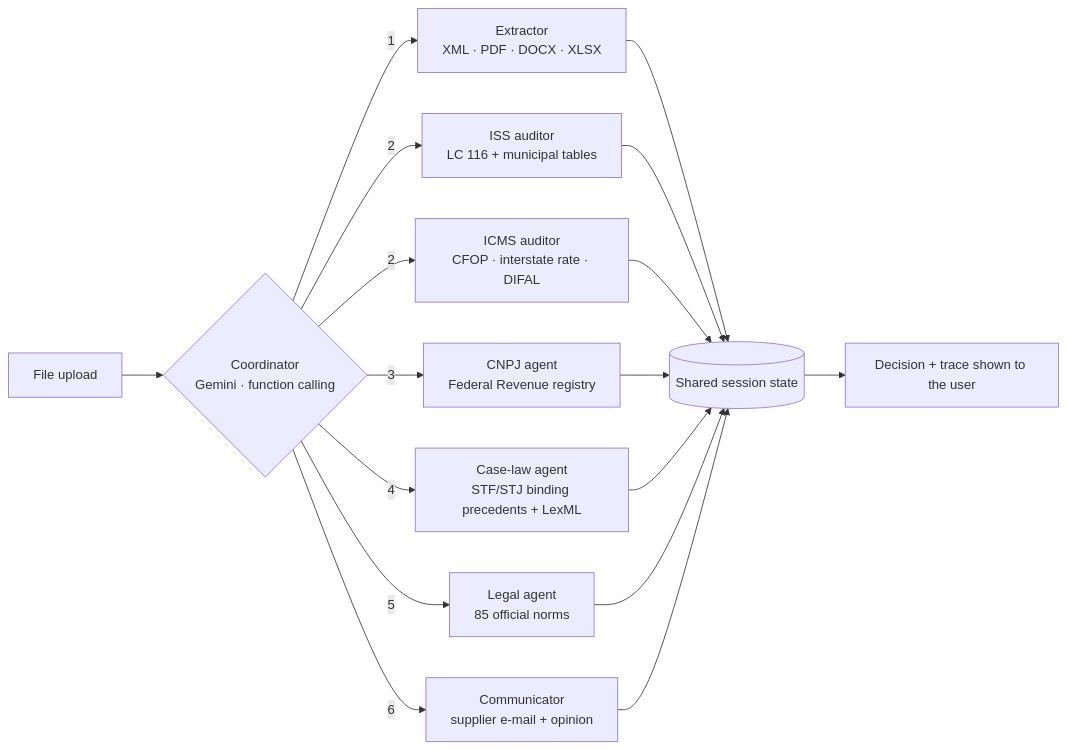
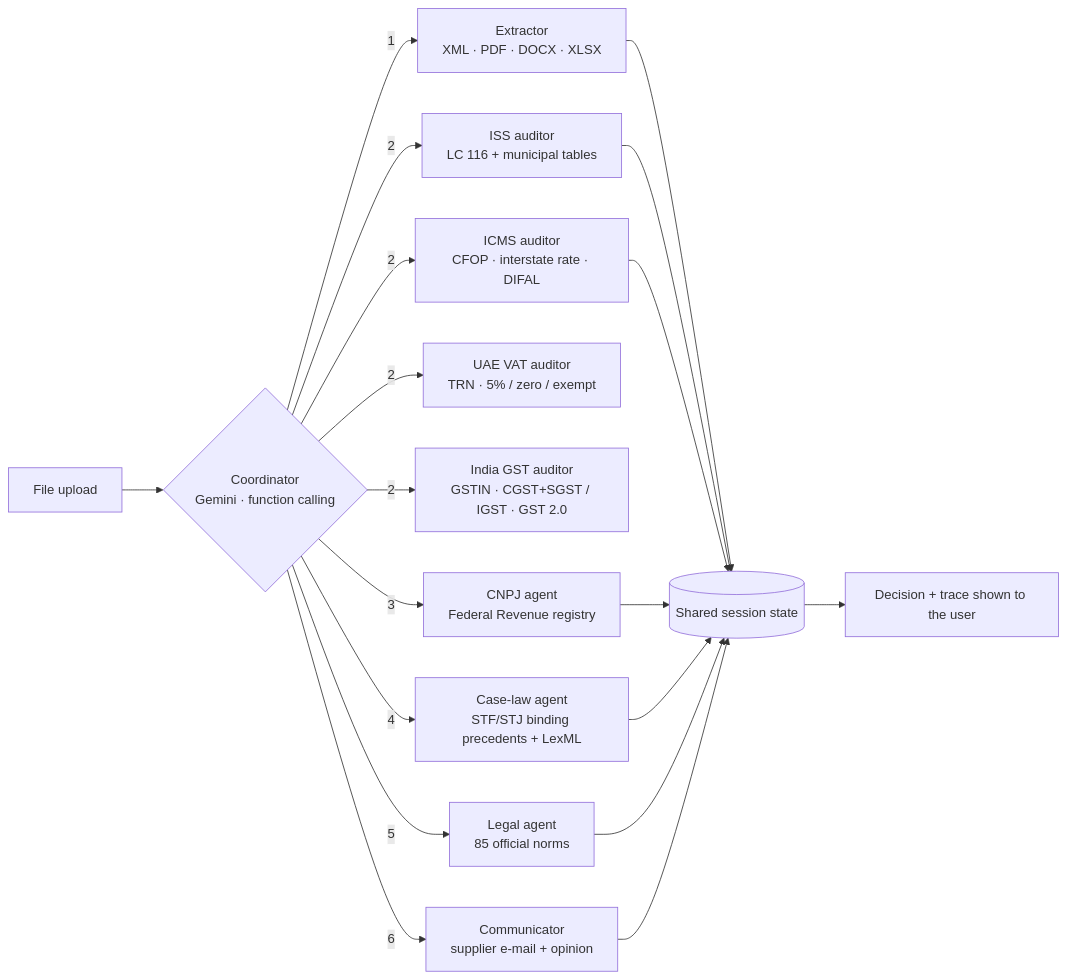
One commit to tatianamartins-VYSON/vyson-auditor changed the diagram in README.md. Above: the diagram before and after it, drawn with Mermaid. The commit also changed other lines of this file and 7 other files, not shown here.

First line of the commit message:
Add UAE VAT and India GST auditor agents with sample e-invoices

````diff
--- a/README.md
+++ b/README.md
@@ -20,13 +20,15 @@
 ```mermaid
 flowchart LR
   U[File upload] --> C{Coordinator<br/>Gemini · function calling}
   C -->|1| E[Extractor<br/>XML · PDF · DOCX · XLSX]
   C -->|2| ISS[ISS auditor<br/>LC 116 + municipal tables]
   C -->|2| ICMS[ICMS auditor<br/>CFOP · interstate rate · DIFAL]
+  C -->|2| VAT[UAE VAT auditor<br/>TRN · 5% / zero / exempt]
+  C -->|2| GST[India GST auditor<br/>GSTIN · CGST+SGST / IGST · GST 2.0]
   C -->|3| CNPJ[CNPJ agent<br/>Federal Revenue registry]
   C -->|4| J[Case-law agent<br/>STF/STJ binding precedents + LexML]
   C -->|5| L[Legal agent<br/>85 official norms]
   C -->|6| M[Communicator<br/>supplier e-mail + opinion]
   E & ISS & ICMS & CNPJ & J & L & M --> S[(Shared session state)]
   S --> R[Decision + trace shown to the user]
 ```
````
